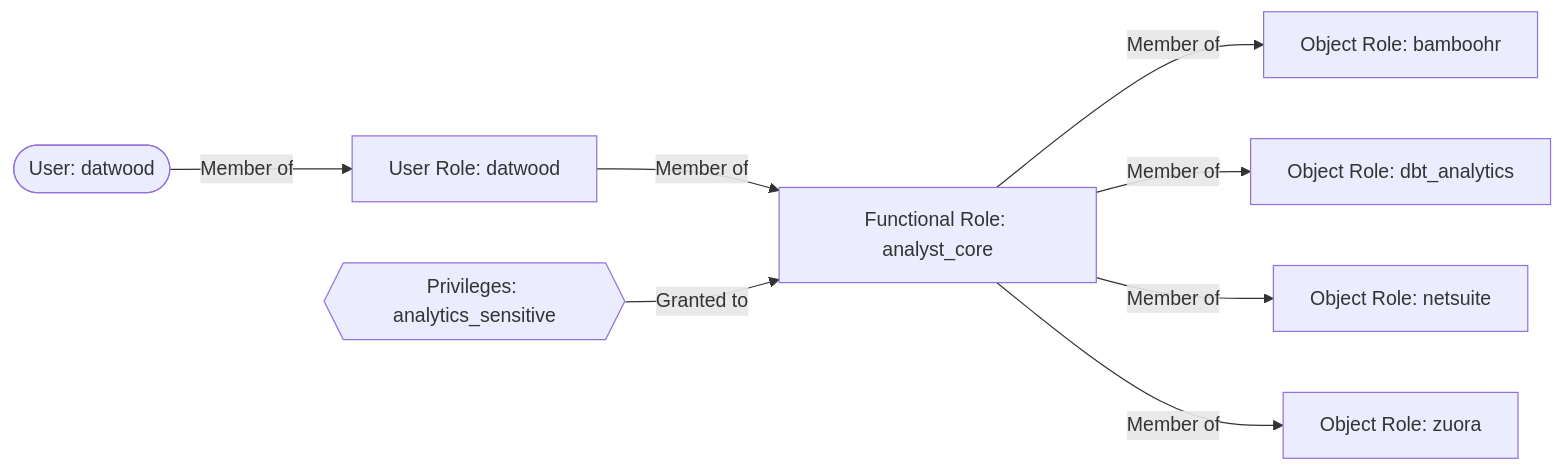
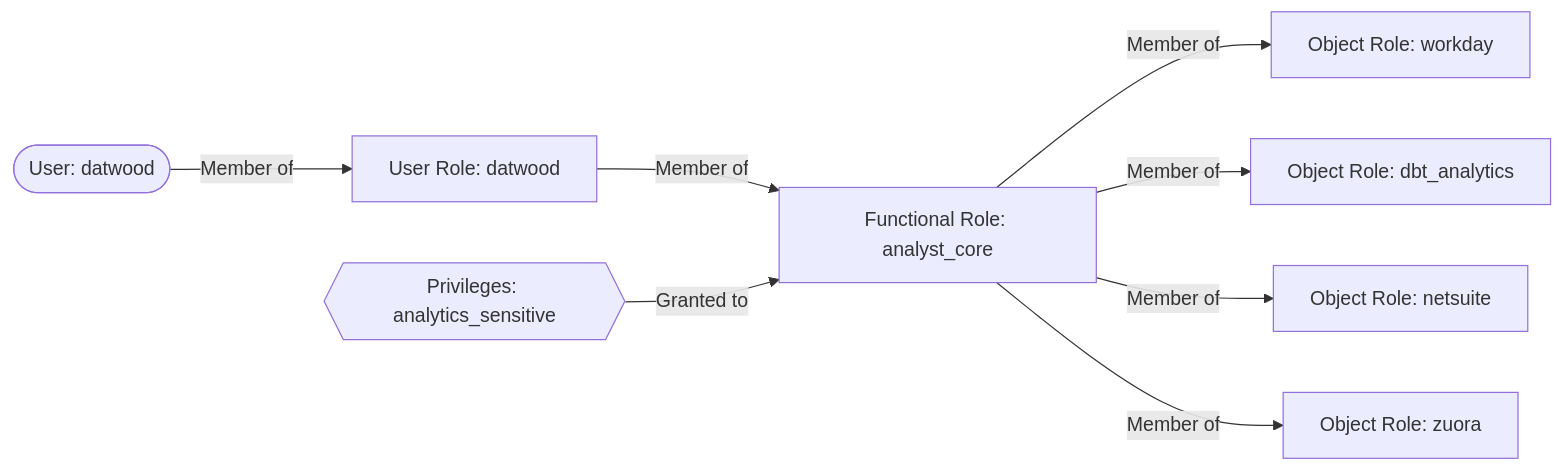
Before and after one commit to secretstartups/handbook: the first of 4 diagrams in content/handbook/business-technology/data-team/platform/_index.md, drawn with Mermaid. The commit also changed other lines of this file and 3 other files, not shown here.

````diff
--- a/content/handbook/business-technology/data-team/platform/_index.md
+++ b/content/handbook/business-technology/data-team/platform/_index.md
@@ -339,10 +339,10 @@
 ```mermaid
 graph LR
     A([User: datwood]) -->|Member of| B[User Role: datwood]
     B -->|Member of| C[Functional Role: analyst_core]
-    C -->|Member of| D[Object Role: bamboohr]
+    C -->|Member of| D[Object Role: workday]
     C -->|Member of| H[Object Role: dbt_analytics]
     C -->|Member of| E[Object Role: netsuite]
     C -->|Member of| F[Object Role: zuora]
     G{{Privileges: analytics_sensitive}} -->|Granted to| C
 ```
````
